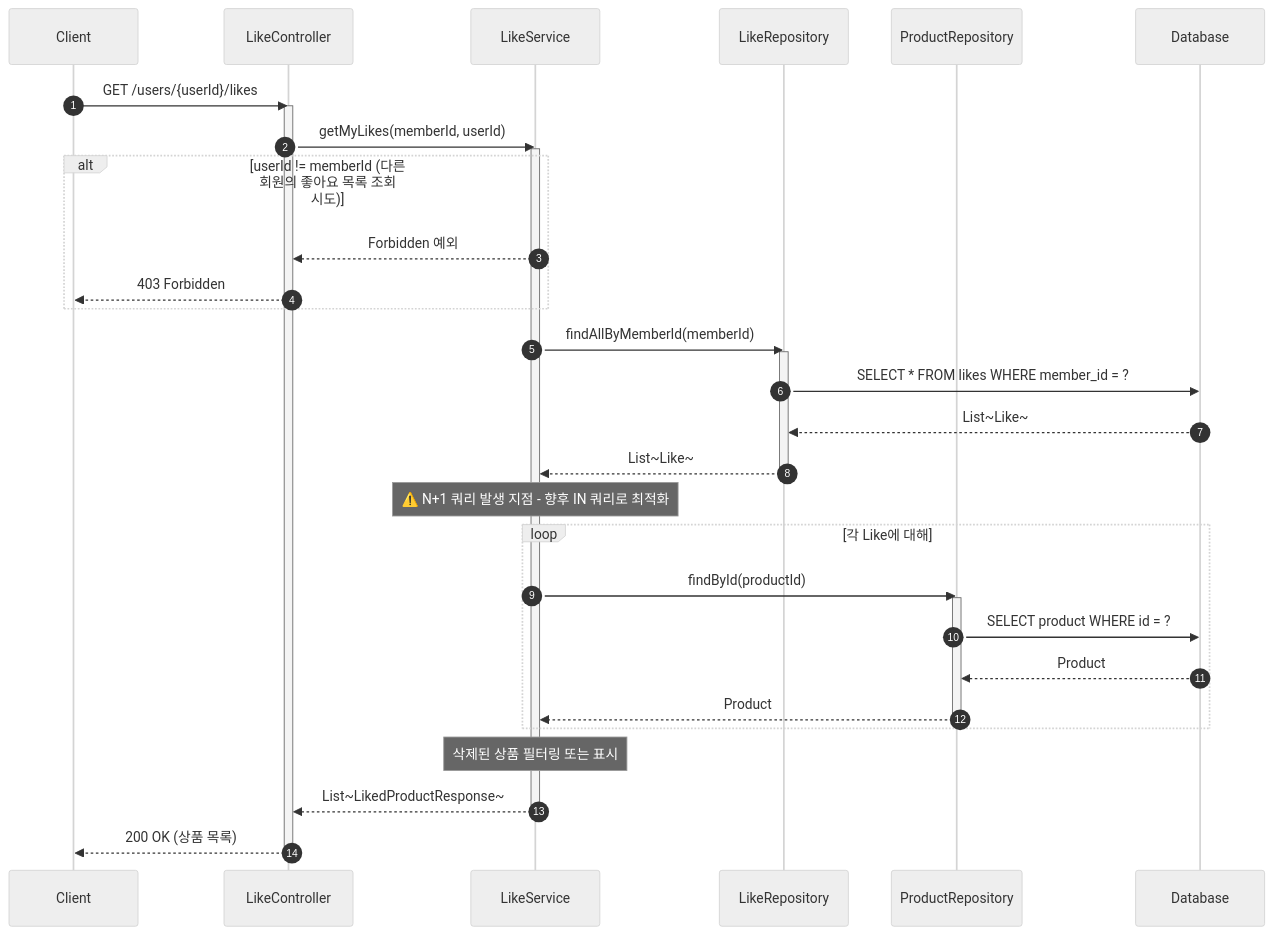
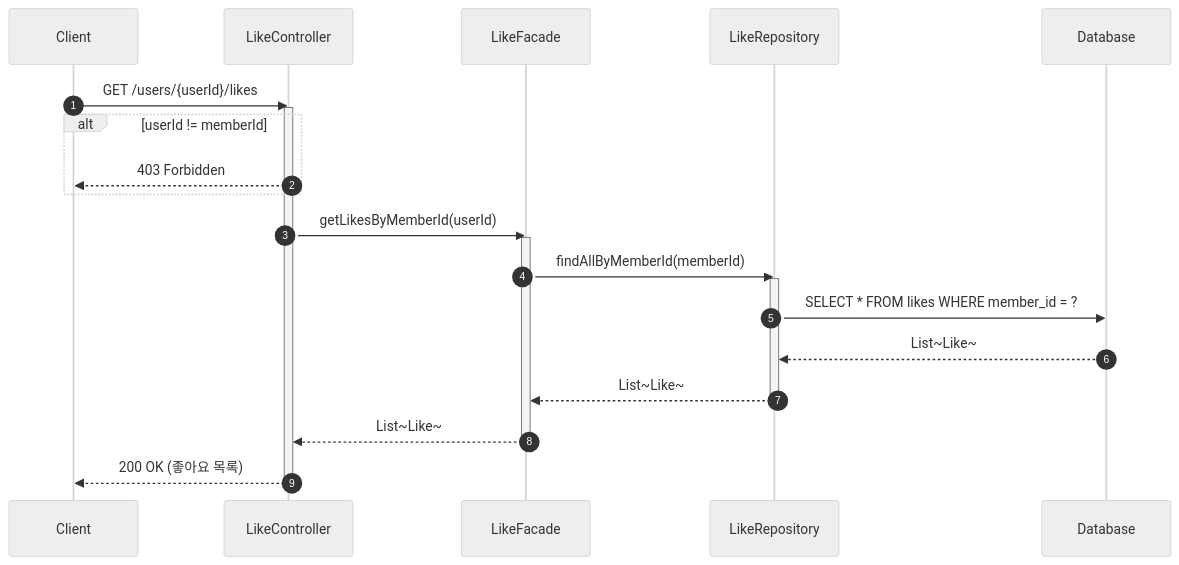
The fourth of 8 diagrams in docs/design/02-sequence-diagrams.md (Loopers-dev-lab/loop-pack-be-l2-vol3-java), drawn with Mermaid (neutral theme) before and after one commit. The commit also changed other lines of this file and 3 other files, not shown here.

````diff
--- a/docs/design/02-sequence-diagrams.md
+++ b/docs/design/02-sequence-diagrams.md
@@ -274,45 +289,31 @@
 ```mermaid
 sequenceDiagram
     autonumber
     participant Client
     participant Controller as LikeController
-    participant Service as LikeService
+    participant Facade as LikeFacade
     participant LikeRepo as LikeRepository
-    participant ProductRepo as ProductRepository
     participant DB as Database
 
     Client->>Controller: GET /users/{userId}/likes
     activate Controller
-    Controller->>Service: getMyLikes(memberId, userId)
-    activate Service
 
-    alt userId != memberId (다른 회원의 좋아요 목록 조회 시도)
-        Service-->>Controller: Forbidden 예외
+    alt userId != memberId
         Controller-->>Client: 403 Forbidden
     end
 
-    Service->>LikeRepo: findAllByMemberId(memberId)
+    Controller->>Facade: getLikesByMemberId(userId)
+    activate Facade
+
+    Facade->>LikeRepo: findAllByMemberId(memberId)
     activate LikeRepo
     LikeRepo->>DB: SELECT * FROM likes WHERE member_id = ?
     DB-->>LikeRepo: List~Like~
-    LikeRepo-->>Service: List~Like~
+    LikeRepo-->>Facade: List~Like~
     deactivate LikeRepo
 
-    Note over Service: ⚠️ N+1 쿼리 발생 지점 - 향후 IN 쿼리로 최적화
-
-    loop 각 Like에 대해
-        Service->>ProductRepo: findById(productId)
-        activate ProductRepo
-        ProductRepo->>DB: SELECT product WHERE id = ?
-        DB-->>ProductRepo: Product
-        ProductRepo-->>Service: Product
-        deactivate ProductRepo
-    end
-
-    Note over Service: 삭제된 상품 필터링 또는 표시
-
-    Service-->>Controller: List~LikedProductResponse~
-    deactivate Service
-    Controller-->>Client: 200 OK (상품 목록)
+    Facade-->>Controller: List~Like~
+    deactivate Facade
+    Controller-->>Client: 200 OK (좋아요 목록)
     deactivate Controller
 ```
````
